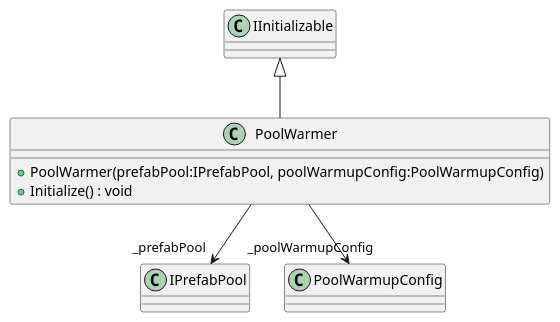
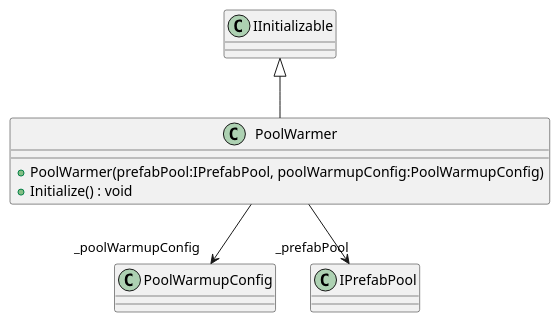
Before and after one commit to felipemmax/ExplodingElves: the diagram in puml/Assets/ExplodingElves/Scripts/Core/Pooling/PoolWarmer.puml, drawn with PlantUML. The commit also changed other lines of this file and 21 other files, not shown here.

Commit message:
Adding the UML Diagram;

```diff
--- a/puml/Assets/ExplodingElves/Scripts/Core/Pooling/PoolWarmer.puml
+++ b/puml/Assets/ExplodingElves/Scripts/Core/Pooling/PoolWarmer.puml
@@ -1,9 +1,9 @@
 @startuml
 class PoolWarmer {
     + PoolWarmer(prefabPool:IPrefabPool, poolWarmupConfig:PoolWarmupConfig)
     + Initialize() : void
 }
 IInitializable <|-- PoolWarmer
+PoolWarmer --> "_poolWarmupConfig" PoolWarmupConfig
 PoolWarmer --> "_prefabPool" IPrefabPool
-PoolWarmer --> "_poolWarmupConfig" PoolWarmupConfig
 @enduml
```
